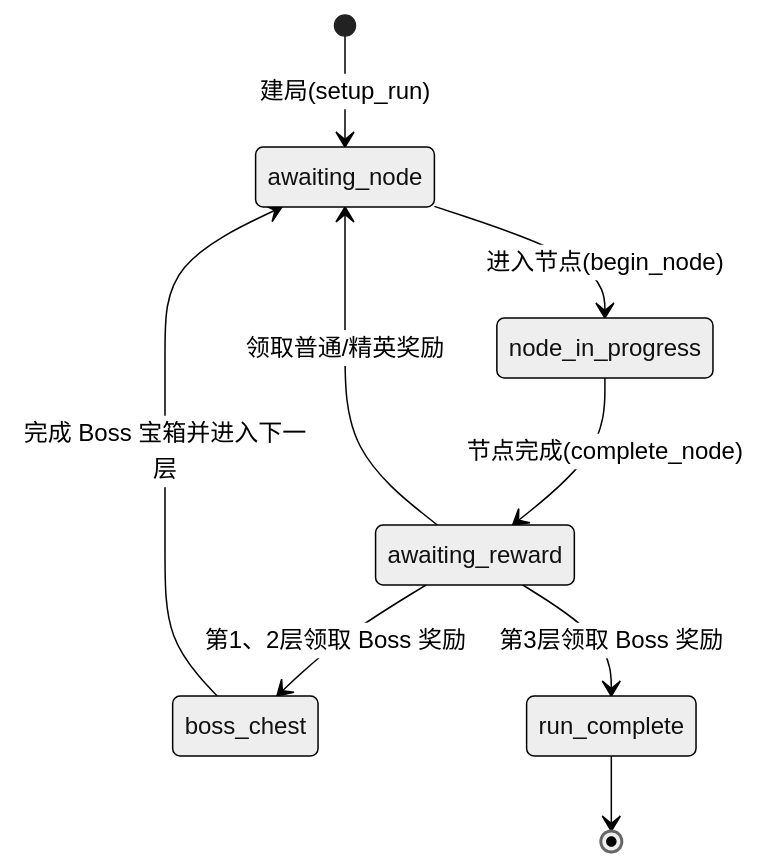
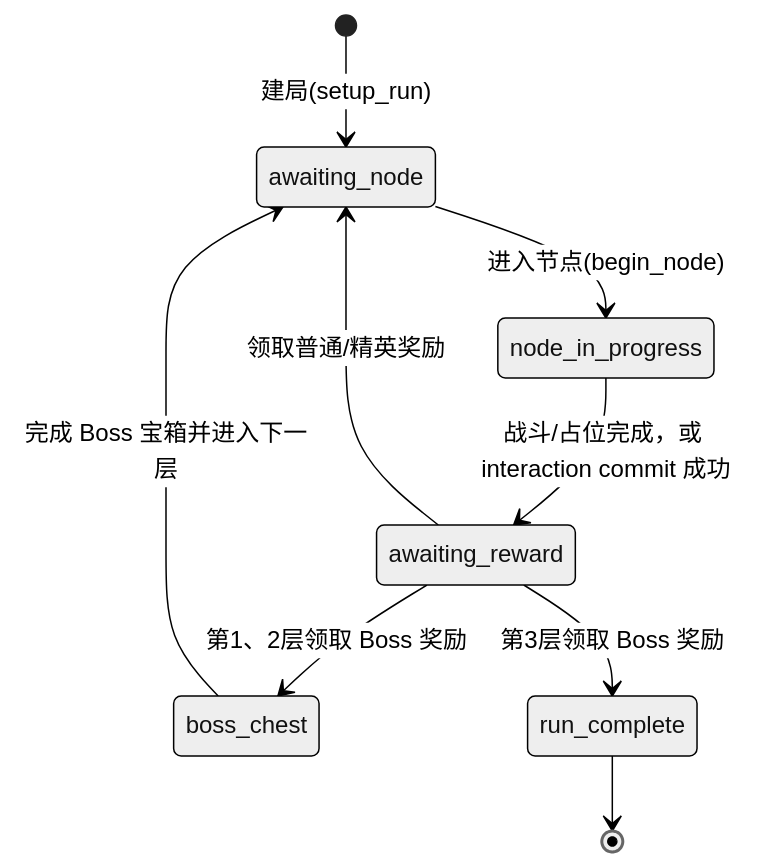
The sixth of 12 diagrams in combo_duel_vslice/docs/architecture-diagrams.md (duguyumei/games), drawn with Mermaid (neutral theme) before and after one commit. The commit also changed other lines of this file and 26 other files, not shown here.

````diff
--- a/combo_duel_vslice/docs/architecture-diagrams.md
+++ b/combo_duel_vslice/docs/architecture-diagrams.md
@@ -270,11 +282,11 @@
 ```mermaid
 stateDiagram-v2
     [*] --> awaiting_node : 建局(setup_run)
     awaiting_node --> node_in_progress : 进入节点(begin_node)
-    node_in_progress --> awaiting_reward : 节点完成(complete_node)
+    node_in_progress --> awaiting_reward : 战斗/占位完成，或 interaction commit 成功
     awaiting_reward --> awaiting_node : 领取普通/精英奖励
     awaiting_reward --> boss_chest : 第1、2层领取 Boss 奖励
     boss_chest --> awaiting_node : 完成 Boss 宝箱并进入下一层
     awaiting_reward --> run_complete : 第3层领取 Boss 奖励
     run_complete --> [*]
 ```
````
